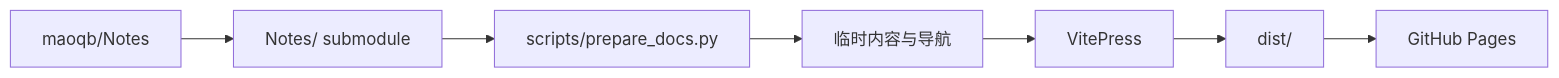
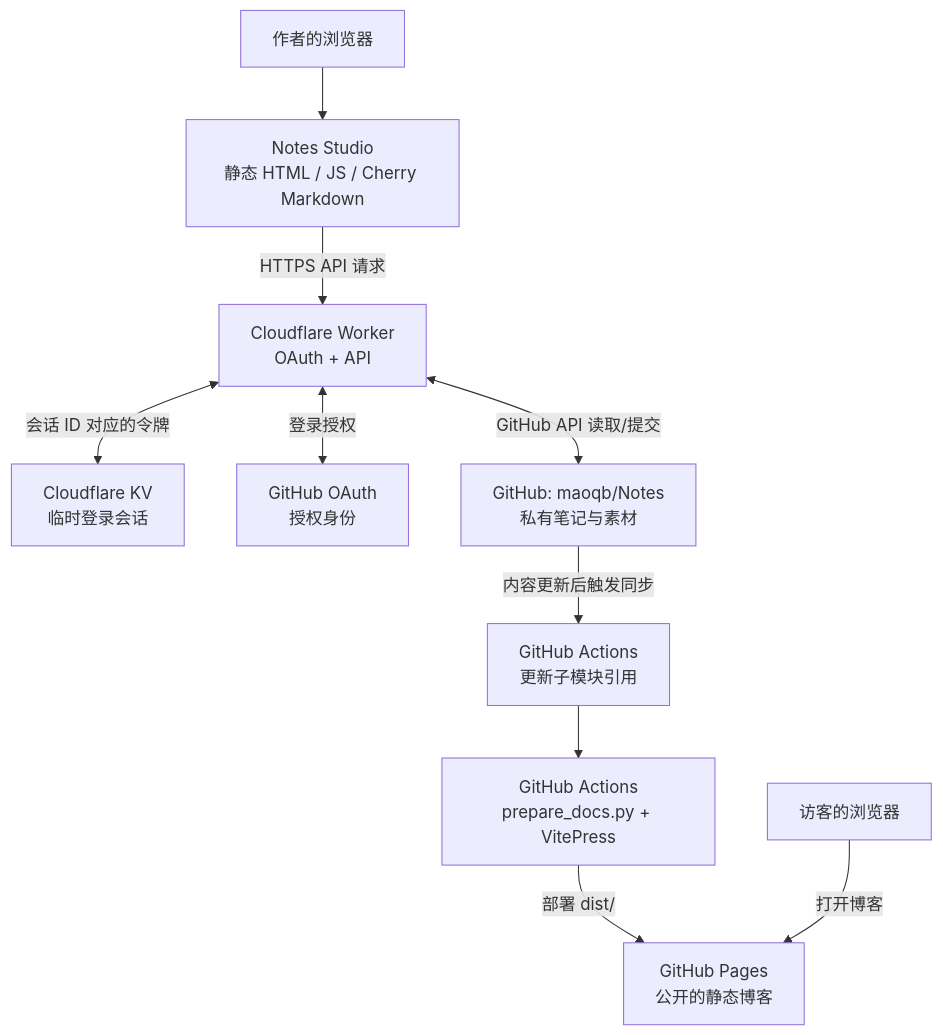
The first of 3 diagrams in README.md (maoqb/aosp-docs), drawn with Mermaid before and after one commit. The commit also changed other lines of this file, not shown here.

Commit message:
docs: explain Notes Studio architecture and Cloudflare Worker responsibilities

````diff
--- a/README.md
+++ b/README.md
@@ -19,9 +13,23 @@
 ```mermaid
-flowchart LR
-    Repository["maoqb/Notes"] --> Submodule["Notes/ submodule"]
-    Submodule --> Prepare["scripts/prepare_docs.py"]
-    Prepare --> Generated["临时内容与导航"]
-    Generated --> VitePress["VitePress"]
-    VitePress --> Dist["dist/"]
-    Dist --> Pages["GitHub Pages"]
+flowchart TB
+    User["作者的浏览器"]
+    Reader["访客的浏览器"]
+    Studio["Notes Studio<br/>静态 HTML / JS / Cherry Markdown"]
+    Worker["Cloudflare Worker<br/>OAuth + API"]
+    KV["Cloudflare KV<br/>临时登录会话"]
+    OAuth["GitHub OAuth<br/>授权身份"]
+    Notes["GitHub: maoqb/Notes<br/>私有笔记与素材"]
+    Sync["GitHub Actions<br/>更新子模块引用"]
+    Build["GitHub Actions<br/>prepare_docs.py + VitePress"]
+    Pages["GitHub Pages<br/>公开的静态博客"]
+
+    User --> Studio
+    Studio -->|"HTTPS API 请求"| Worker
+    Worker <-->|"会话 ID 对应的令牌"| KV
+    Worker <-->|"登录授权"| OAuth
+    Worker <-->|"GitHub API 读取/提交"| Notes
+    Notes -->|"内容更新后触发同步"| Sync
+    Sync --> Build
+    Build -->|"部署 dist/"| Pages
+    Reader -->|"打开博客"| Pages
 ```
````
